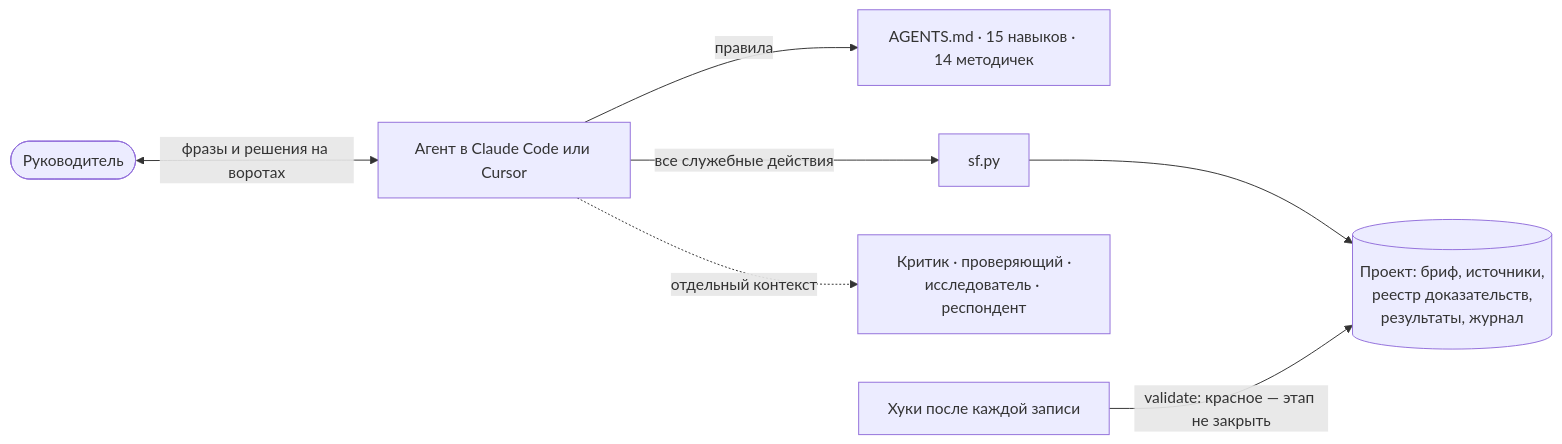
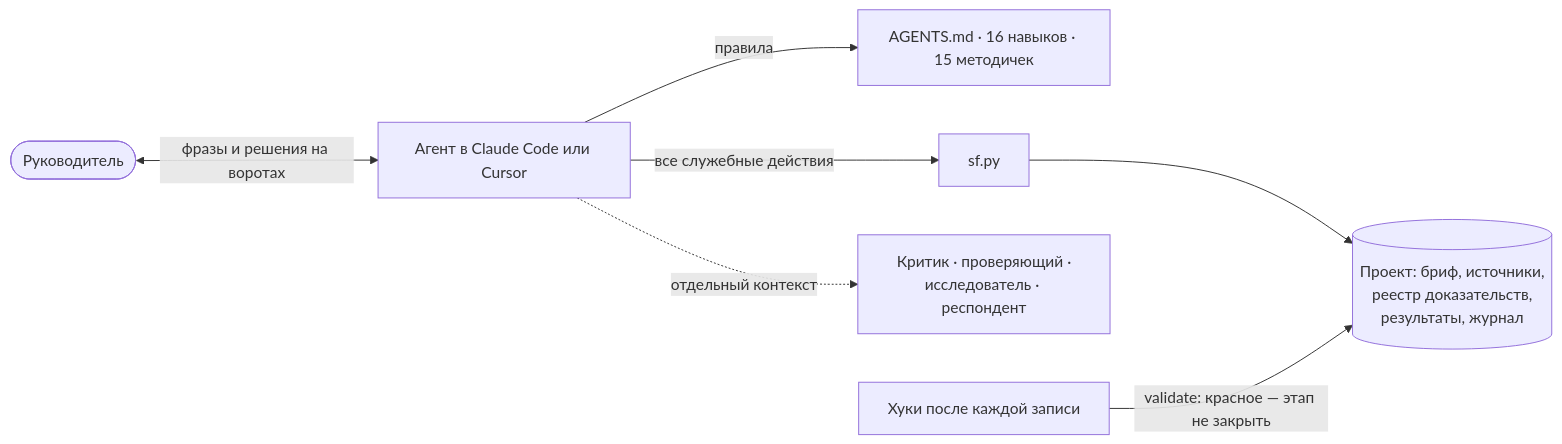
One commit to marrxse/product-factory-strategist changed the diagram in README.md. Above: the diagram before and after it, drawn with Mermaid. The commit also changed other lines of this file and 34 other files, not shown here.

````diff
--- a/README.md
+++ b/README.md
@@ -94,9 +94,9 @@
 ```mermaid
 flowchart LR
     H([Руководитель]) <-->|фразы и решения на воротах| A[Агент в Claude Code или Cursor]
-    A -->|правила| R[AGENTS.md · 15 навыков · 14 методичек]
+    A -->|правила| R[AGENTS.md · 16 навыков · 15 методичек]
     A -->|все служебные действия| S[sf.py]
     S --> P[(Проект: бриф, источники,<br/>реестр доказательств,<br/>результаты, журнал)]
     A -.->|отдельный контекст| C[Критик · проверяющий ·<br/>исследователь · респондент]
     K[Хуки после каждой записи] -->|validate: красное — этап не закрыть| P
 ```
````
